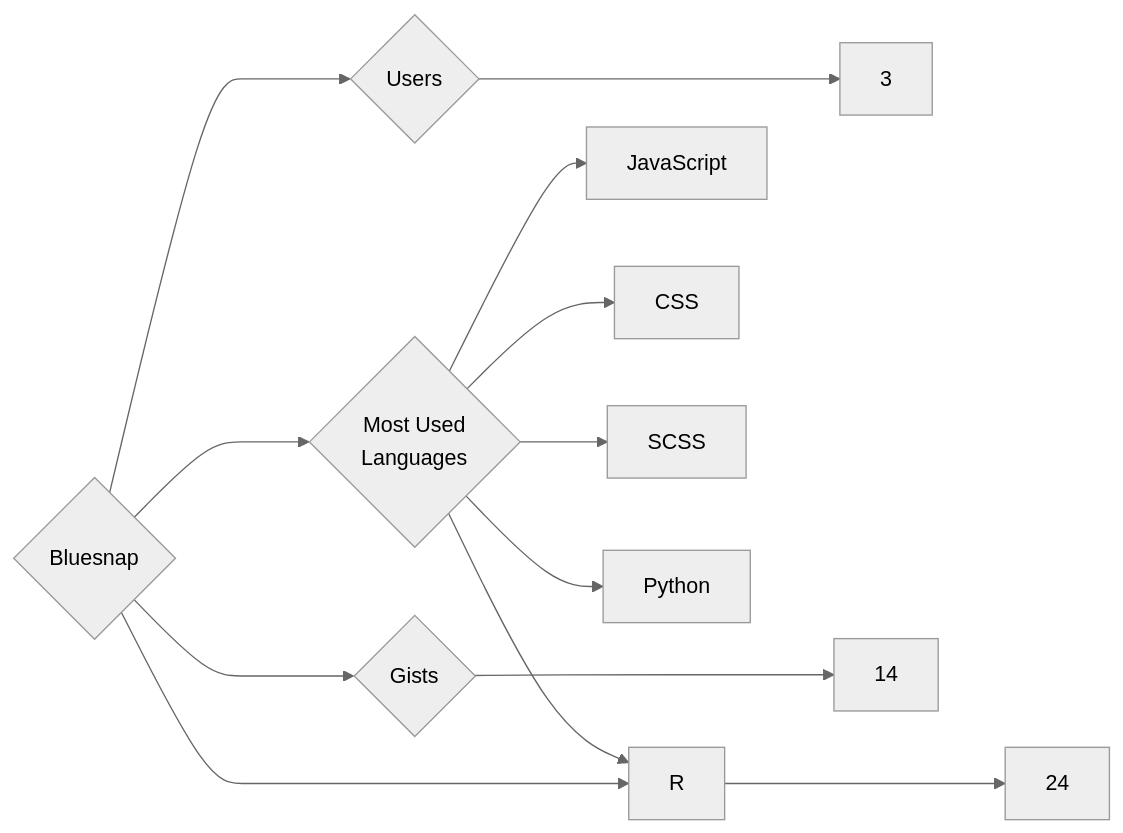
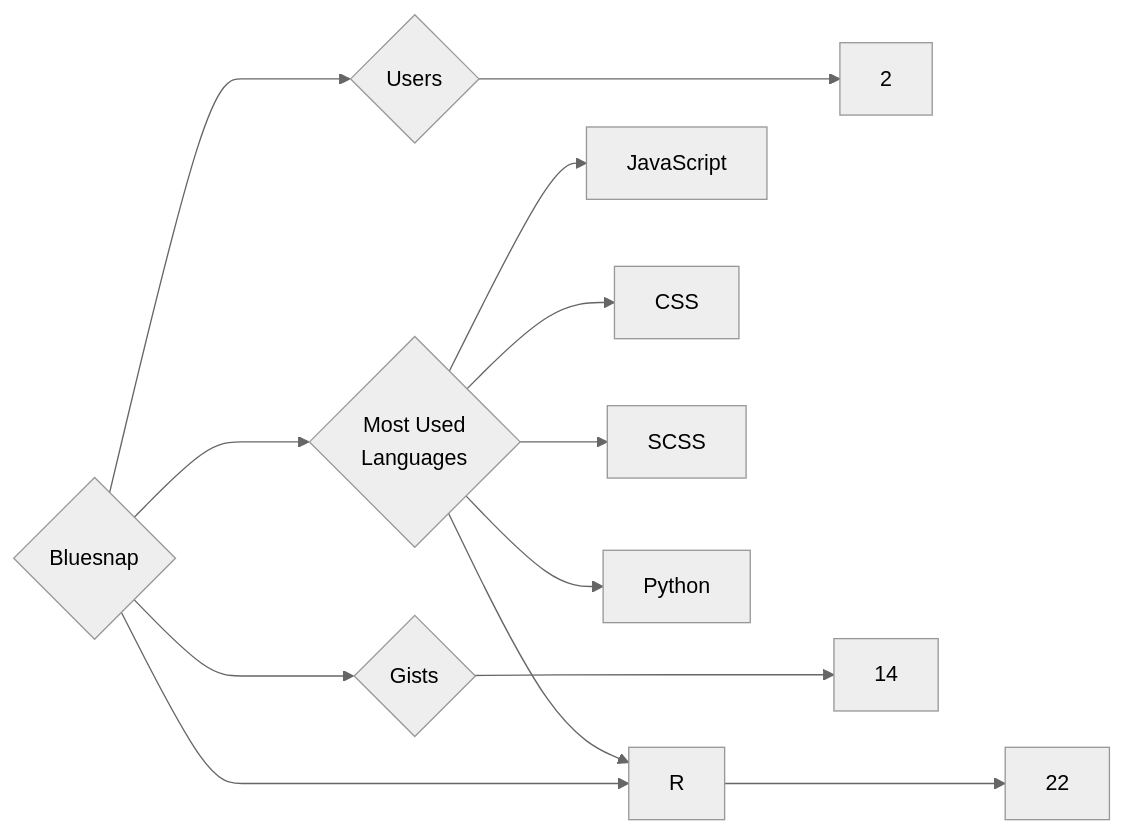
One commit to trickest/insiders changed the diagram in targets/Bluesnap/README.md. Above: the diagram before and after it, drawn with Mermaid (neutral theme). The commit also changed 682 other files, not shown here.

````diff
--- a/targets/Bluesnap/README.md
+++ b/targets/Bluesnap/README.md
@@ -3,13 +3,13 @@
 ```mermaid
 graph LR
 COMPANY_NAME{Bluesnap}
-COMPANY_NAME ---> U{Users} ---> UN[3]
-COMPANY_NAME ---> R{Repositories} ---> RN[24]
+COMPANY_NAME ---> U{Users} ---> UN[2]
+COMPANY_NAME ---> R{Repositories} ---> RN[22]
 COMPANY_NAME ---> G{Gists} ---> GN[14]
 COMPANY_NAME ---> ML{Most Used<br>Languages}
 ML --> JavaScript[JavaScript]
 ML --> CSS[CSS]
 ML --> SCSS[SCSS]
 ML --> R[R]
 ML --> Python[Python]
 ```
````
